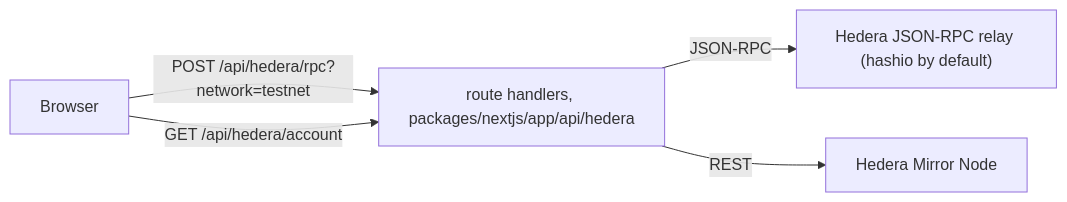
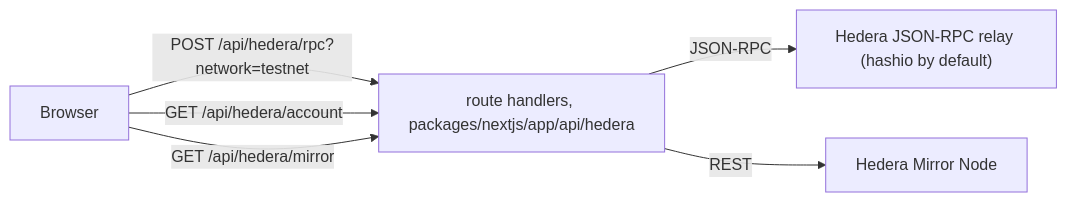
Before and after one commit to frytegg/scaffold-hbar-saucerswap-v2: the diagram in README.md, drawn with Mermaid. The commit also changed other lines of this file and 1 other file, not shown here.

First line of the commit message:
docs: describe lib/hedera, the mirror relay and the unit tier

````diff
--- a/README.md
+++ b/README.md
@@ -133,7 +135,8 @@
 ```mermaid
 flowchart LR
   Browser -->|"POST /api/hedera/rpc?network=testnet"| Handlers["route handlers, packages/nextjs/app/api/hedera"]
   Browser -->|"GET /api/hedera/account"| Handlers
+  Browser -->|"GET /api/hedera/mirror"| Handlers
   Handlers -->|JSON-RPC| Relay["Hedera JSON-RPC relay (hashio by default)"]
   Handlers -->|REST| Mirror["Hedera Mirror Node"]
 ```
````
